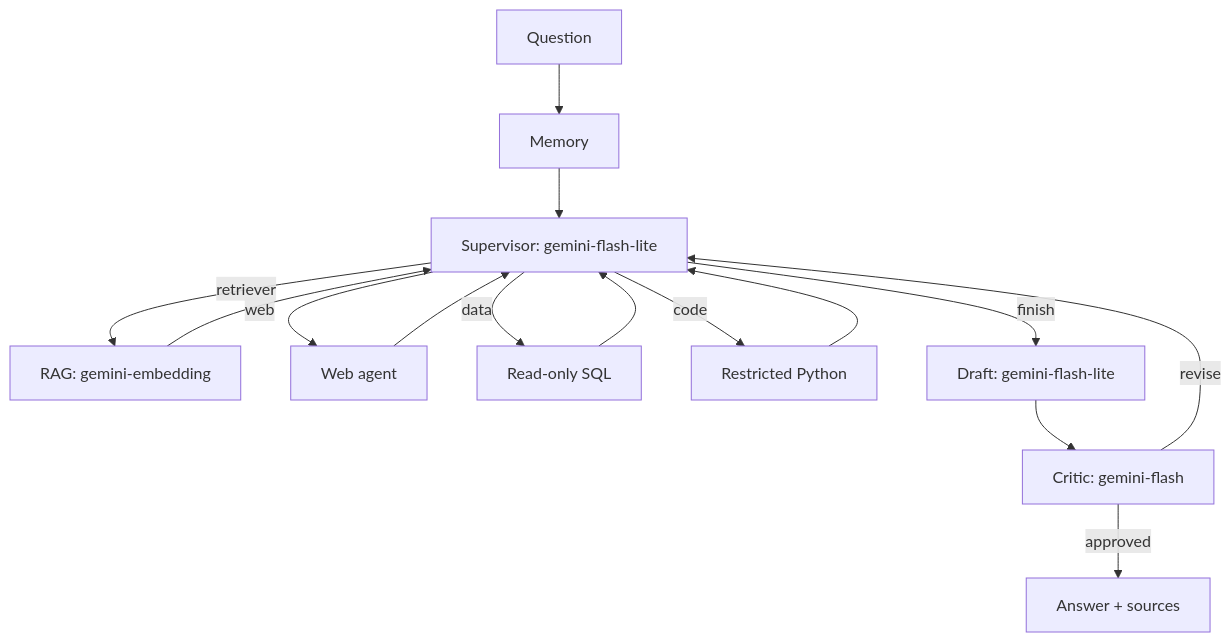
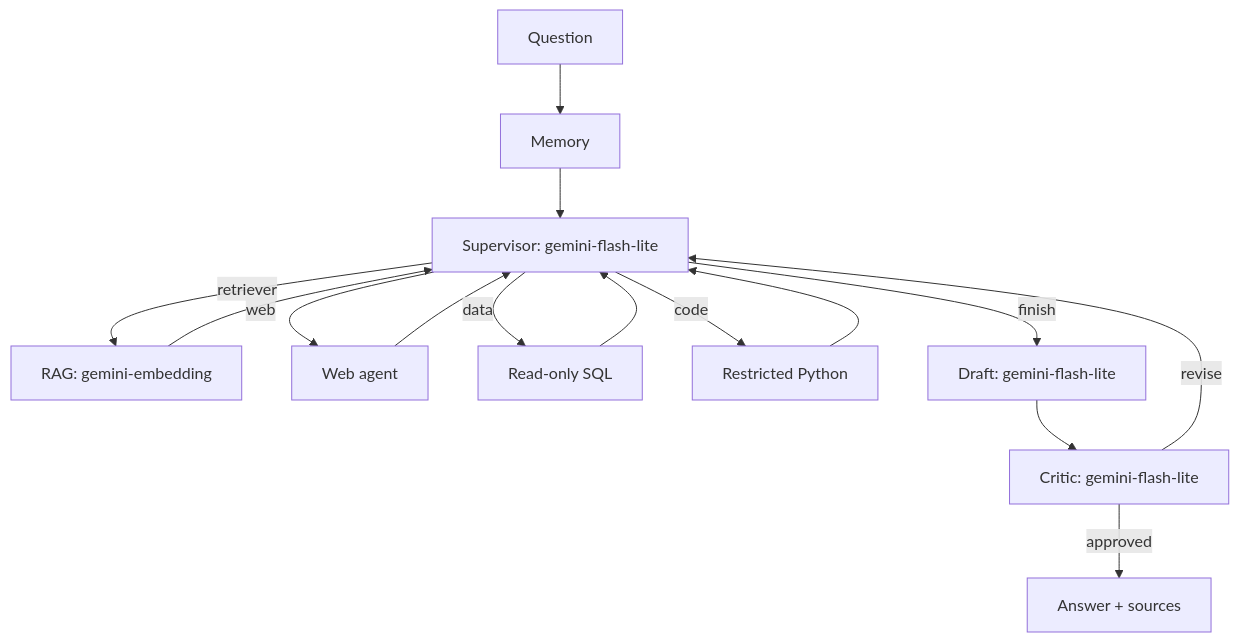
Before and after one commit to Twilight2224/Multi_Agent_AI_Analyst: the diagram in README.md, drawn with Mermaid.

````diff
--- a/README.md
+++ b/README.md
@@ -5,17 +5,17 @@
 ```mermaid
 flowchart TD
   Q[Question] --> M[Memory]
   M --> S[Supervisor: gemini-flash-lite]
   S -->|retriever| R[RAG: gemini-embedding]
   S -->|web| W[Web agent]
   S -->|data| D[Read-only SQL]
   S -->|code| C[Restricted Python]
   R --> S
   W --> S
   D --> S
   C --> S
   S -->|finish| G[Draft: gemini-flash-lite]
-  G --> V[Critic: gemini-flash]
+  G --> V[Critic: gemini-flash-lite]
   V -->|revise| S
   V -->|approved| A[Answer + sources]
 ```
````
